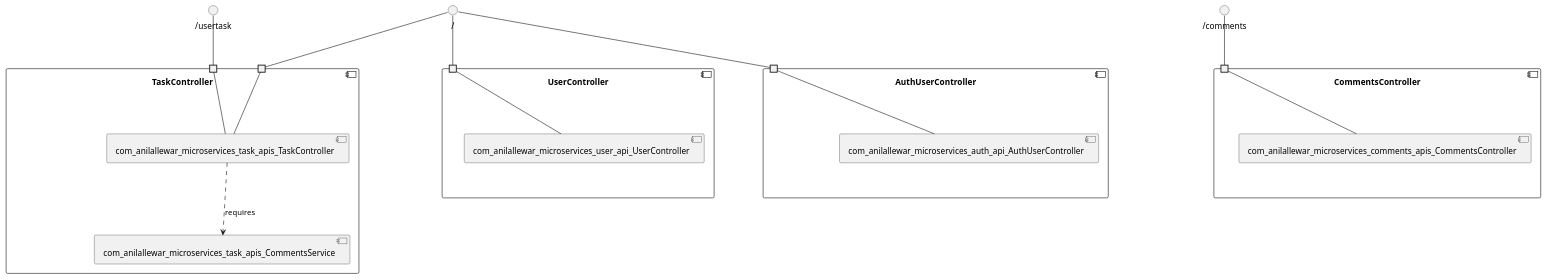
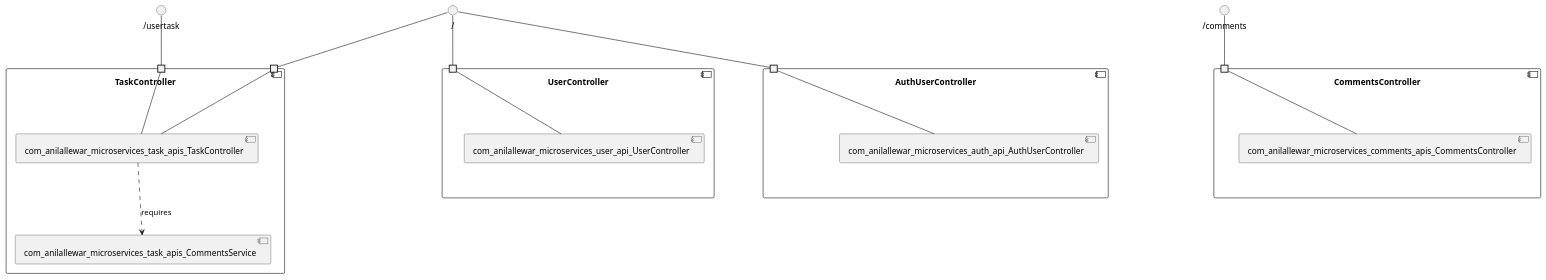
The diagram in anilallewar-microservices-basics/model_re/uml/componentDiagram.puml (View-Based-Reverse-Engineering/Retriever-Benchmark), drawn with PlantUML before and after one commit. The commit also changed other lines of this file and 7 other files, not shown here.

```diff
--- a/anilallewar-microservices-basics/model_re/uml/componentDiagram.puml
+++ b/anilallewar-microservices-basics/model_re/uml/componentDiagram.puml
@@ -1,38 +1,38 @@
 @startuml
 skinparam fixCircleLabelOverlapping true
 component "AuthUserController\n\n\n\n\n\n" {
 [com_anilallewar_microservices_auth_api_AuthUserController]
 portin " " as AuthUserController.requires._
 "AuthUserController.requires._"--[com_anilallewar_microservices_auth_api_AuthUserController]
 }
 interface "/" as interface._
 interface._--"AuthUserController.requires._"
 component "CommentsController\n\n\n\n\n\n" {
 [com_anilallewar_microservices_comments_apis_CommentsController]
 portin " " as CommentsController.requires._comments
 "CommentsController.requires._comments"--[com_anilallewar_microservices_comments_apis_CommentsController]
 }
 interface "/comments" as interface._comments
 interface._comments--"CommentsController.requires._comments"
 component "TaskController\n\n\n\n\n\n" {
 [com_anilallewar_microservices_task_apis_TaskController]
 [com_anilallewar_microservices_task_apis_CommentsService]
+portin " " as TaskController.requires._usertask
 portin " " as TaskController.requires._
-portin " " as TaskController.requires._usertask
 [com_anilallewar_microservices_task_apis_TaskController]..>[com_anilallewar_microservices_task_apis_CommentsService] : requires
 "TaskController.requires._usertask"--[com_anilallewar_microservices_task_apis_TaskController]
 "TaskController.requires._"--[com_anilallewar_microservices_task_apis_TaskController]
 }
 interface "/usertask" as interface._usertask
 interface._usertask--"TaskController.requires._usertask"
 interface "/" as interface._
 interface._--"TaskController.requires._"
 component "UserController\n\n\n\n\n\n" {
 [com_anilallewar_microservices_user_api_UserController]
 portin " " as UserController.requires._
 "UserController.requires._"--[com_anilallewar_microservices_user_api_UserController]
 }
 interface "/" as interface._
 interface._--"UserController.requires._"
 
 @enduml
```
